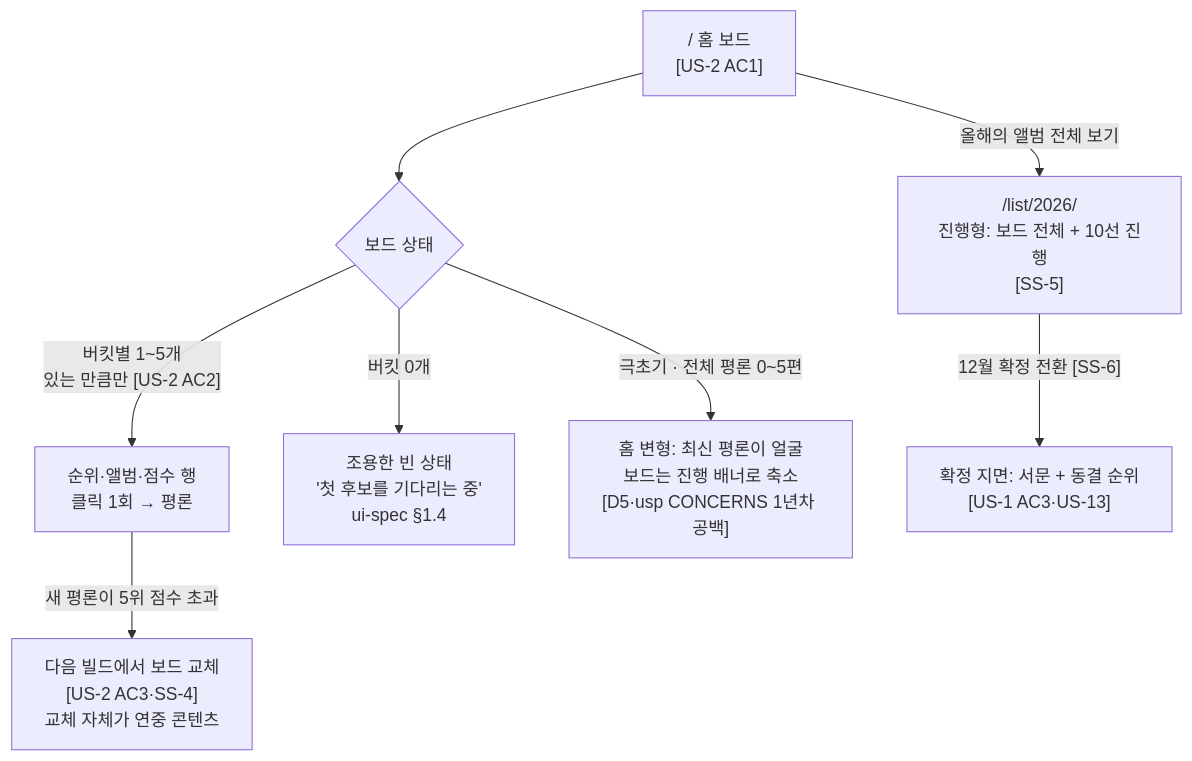
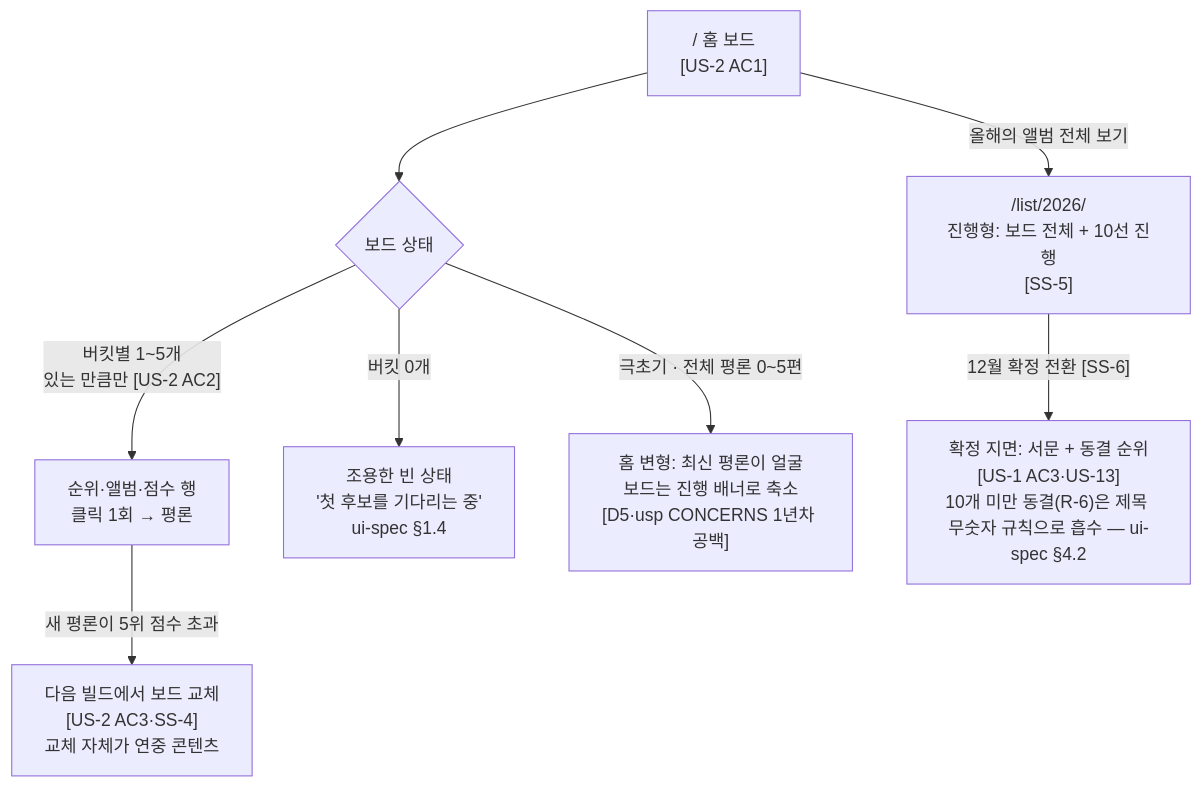
The second of 5 diagrams in .agent-team/07-design/ux-flow-map.md (fgda114/undernote), drawn with Mermaid before and after one commit. The commit also changed other lines of this file and 20 other files, not shown here.

````diff
--- a/.agent-team/07-design/ux-flow-map.md
+++ b/.agent-team/07-design/ux-flow-map.md
@@ -82,10 +87,10 @@
 ```mermaid
 flowchart TD
     HOME["/ 홈 보드<br/>[US-2 AC1]"] --> B{보드 상태}
     B -->|"버킷별 1~5개<br/>있는 만큼만 [US-2 AC2]"| ROWS[순위·앨범·점수 행<br/>클릭 1회 → 평론]
     B -->|"버킷 0개"| EMPTY["조용한 빈 상태<br/>'첫 후보를 기다리는 중'<br/>ui-spec §1.4"]
     B -->|"극초기 · 전체 평론 0~5편"| EARLY["홈 변형: 최신 평론이 얼굴<br/>보드는 진행 배너로 축소<br/>[D5·usp CONCERNS 1년차 공백]"]
     ROWS -->|새 평론이 5위 점수 초과| SWAP["다음 빌드에서 보드 교체<br/>[US-2 AC3·SS-4]<br/>교체 자체가 연중 콘텐츠"]
     HOME -->|"올해의 앨범 전체 보기"| YEAR["/list/2026/<br/>진행형: 보드 전체 + 10선 진행<br/>[SS-5]"]
-    YEAR -->|"12월 확정 전환 [SS-6]"| FINAL["확정 지면: 서문 + 동결 순위<br/>[US-1 AC3·US-13]"]
+    YEAR -->|"12월 확정 전환 [SS-6]"| FINAL["확정 지면: 서문 + 동결 순위<br/>[US-1 AC3·US-13]<br/>10개 미만 동결(R-6)은 제목 무숫자 규칙으로 흡수 — ui-spec §4.2"]
 ```
````
